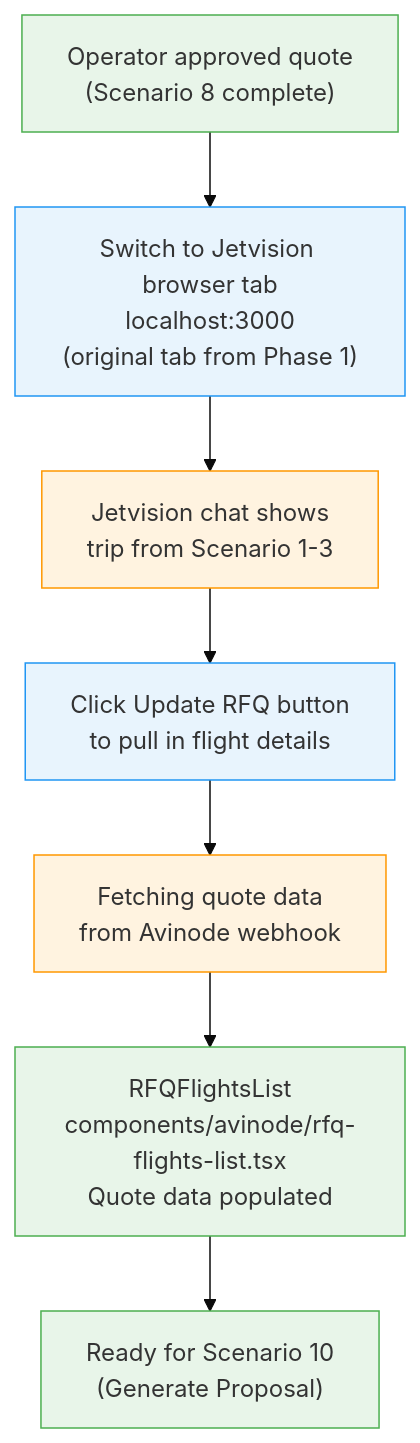
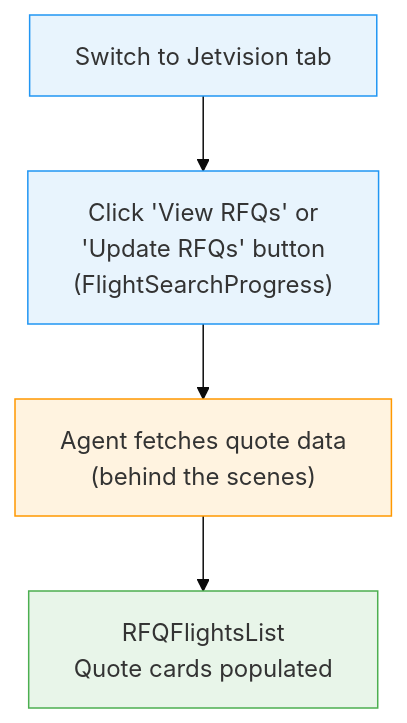
Before and after one commit to kingler/v0-jetvision-assistant: the fifth of 9 diagrams in .claude/commands/e2e-test.md, drawn with Mermaid (base theme). The commit also changed other lines of this file and 16 other files, not shown here.

First line of the commit message:
fix(rfq): prevent rfqFlights from being overwritten with empty array

````diff
--- a/.claude/commands/e2e-test.md
+++ b/.claude/commands/e2e-test.md
@@ -826,17 +599,11 @@
 ```mermaid
 flowchart TD
-    A["Operator approved quote\n(Scenario 8 complete)"] --> B["Switch to Jetvision browser tab\nlocalhost:3000\n(original tab from Phase 1)"]
-    B --> C["Jetvision chat shows\ntrip from Scenario 1-3"]
-    C --> D["Click Update RFQ button\nto pull in flight details"]
-    D --> E["Fetching quote data\nfrom Avinode webhook"]
-    E --> F["RFQFlightsList\ncomponents/avinode/rfq-flights-list.tsx\nQuote data populated"]
-    F --> G["Ready for Scenario 10\n(Generate Proposal)"]
+    A["Switch to Jetvision tab"] --> B["Click 'View RFQs' or\n'Update RFQs' button\n(FlightSearchProgress)"]
+    B --> C["Agent fetches quote data\n(behind the scenes)"]
+    C --> D["RFQFlightsList\nQuote cards populated"]
 
-    style A fill:#e8f5e9,stroke:#4CAF50
+    style A fill:#e8f4fd,stroke:#2196F3
     style B fill:#e8f4fd,stroke:#2196F3
     style C fill:#fff3e0,stroke:#FF9800
-    style D fill:#e8f4fd,stroke:#2196F3
-    style E fill:#fff3e0,stroke:#FF9800
-    style F fill:#e8f5e9,stroke:#4CAF50
-    style G fill:#e8f5e9,stroke:#4CAF50
+    style D fill:#e8f5e9,stroke:#4CAF50
 ```
````
